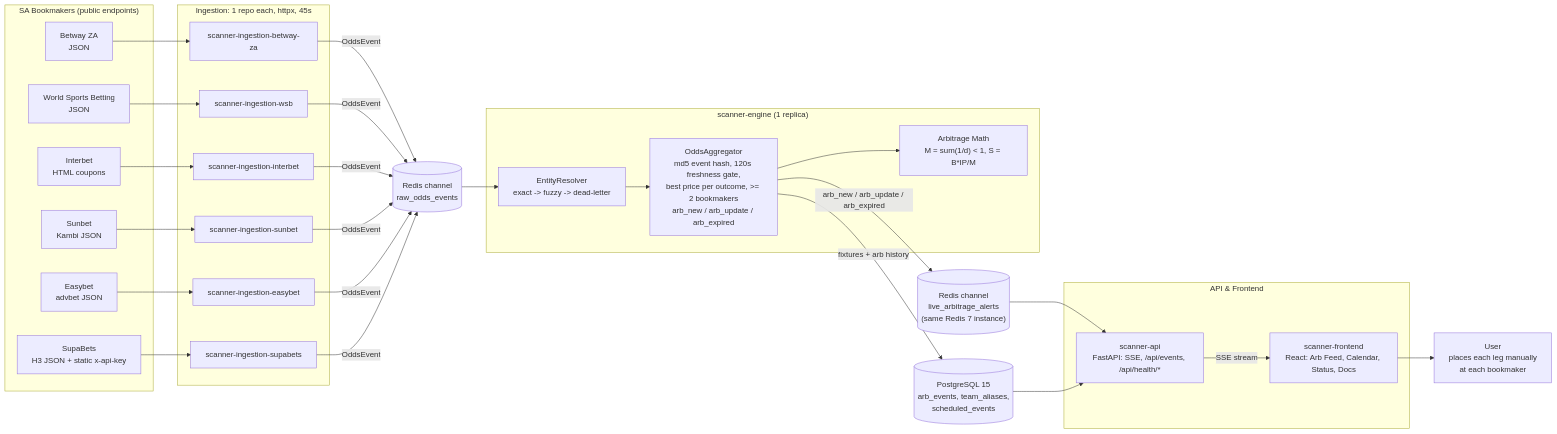
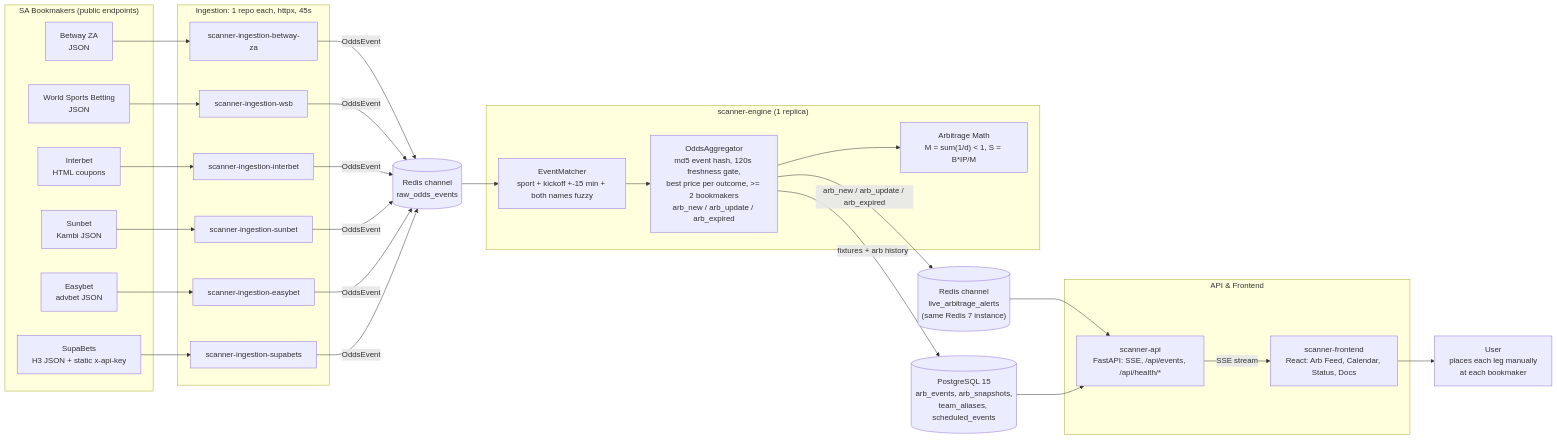
Before and after one commit to MadunaCapital/scanner-schemas: the first of 6 diagrams in docs/architecture-diagrams.md, drawn with Mermaid. The commit also changed other lines of this file and 2 other files, not shown here.

First line of the commit message:
As-built docs: rebuilt fixture matching, arb_snapshots, startup migrations

````diff
--- a/docs/architecture-diagrams.md
+++ b/docs/architecture-diagrams.md
@@ -7,54 +7,54 @@
 ```mermaid
 flowchart LR
     subgraph Sources["SA Bookmakers (public endpoints)"]
         BM1["Betway ZA<br/>JSON"]
         BM2["World Sports Betting<br/>JSON"]
         BM3["Interbet<br/>HTML coupons"]
         BM4["Sunbet<br/>Kambi JSON"]
         BM5["Easybet<br/>advbet JSON"]
         BM6["SupaBets<br/>H3 JSON + static x-api-key"]
     end
 
     subgraph Ingestion["Ingestion: 1 repo each, httpx, 45s"]
         SC1["scanner-ingestion-betway-za"]
         SC2["scanner-ingestion-wsb"]
         SC3["scanner-ingestion-interbet"]
         SC4["scanner-ingestion-sunbet"]
         SC5["scanner-ingestion-easybet"]
         SC6["scanner-ingestion-supabets"]
     end
 
     subgraph Engine["scanner-engine (1 replica)"]
-        ER["EntityResolver<br/>exact -> fuzzy -> dead-letter"]
+        ER["EventMatcher<br/>sport + kickoff +-15 min + both names fuzzy"]
         AGG["OddsAggregator<br/>md5 event hash, 120s freshness gate,<br/>best price per outcome, >= 2 bookmakers<br/>arb_new / arb_update / arb_expired"]
         MATH["Arbitrage Math<br/>M = sum(1/d) < 1, S = B*IP/M"]
     end
 
     REDIS[("Redis channel<br/>raw_odds_events")]
     REDIS2[("Redis channel<br/>live_arbitrage_alerts<br/>(same Redis 7 instance)")]
-    PG[("PostgreSQL 15<br/>arb_events, team_aliases,<br/>scheduled_events")]
+    PG[("PostgreSQL 15<br/>arb_events, arb_snapshots,<br/>team_aliases, scheduled_events")]
 
     subgraph Delivery["API & Frontend"]
         API["scanner-api<br/>FastAPI: SSE, /api/events, /api/health/*"]
         UI["scanner-frontend<br/>React: Arb Feed, Calendar, Status, Docs"]
     end
 
     USER["User<br/>places each leg manually<br/>at each bookmaker"]
 
     BM1 --> SC1
     BM2 --> SC2
     BM3 --> SC3
     BM4 --> SC4
     BM5 --> SC5
     BM6 --> SC6
     SC1 & SC2 & SC3 & SC4 & SC5 & SC6 -->|OddsEvent| REDIS
     REDIS --> ER
     ER --> AGG
     AGG --> MATH
     AGG -->|fixtures + arb history| PG
     AGG -->|arb_new / arb_update / arb_expired| REDIS2
     REDIS2 --> API
     PG --> API
     API -->|SSE stream| UI
     UI --> USER
 ```
````
